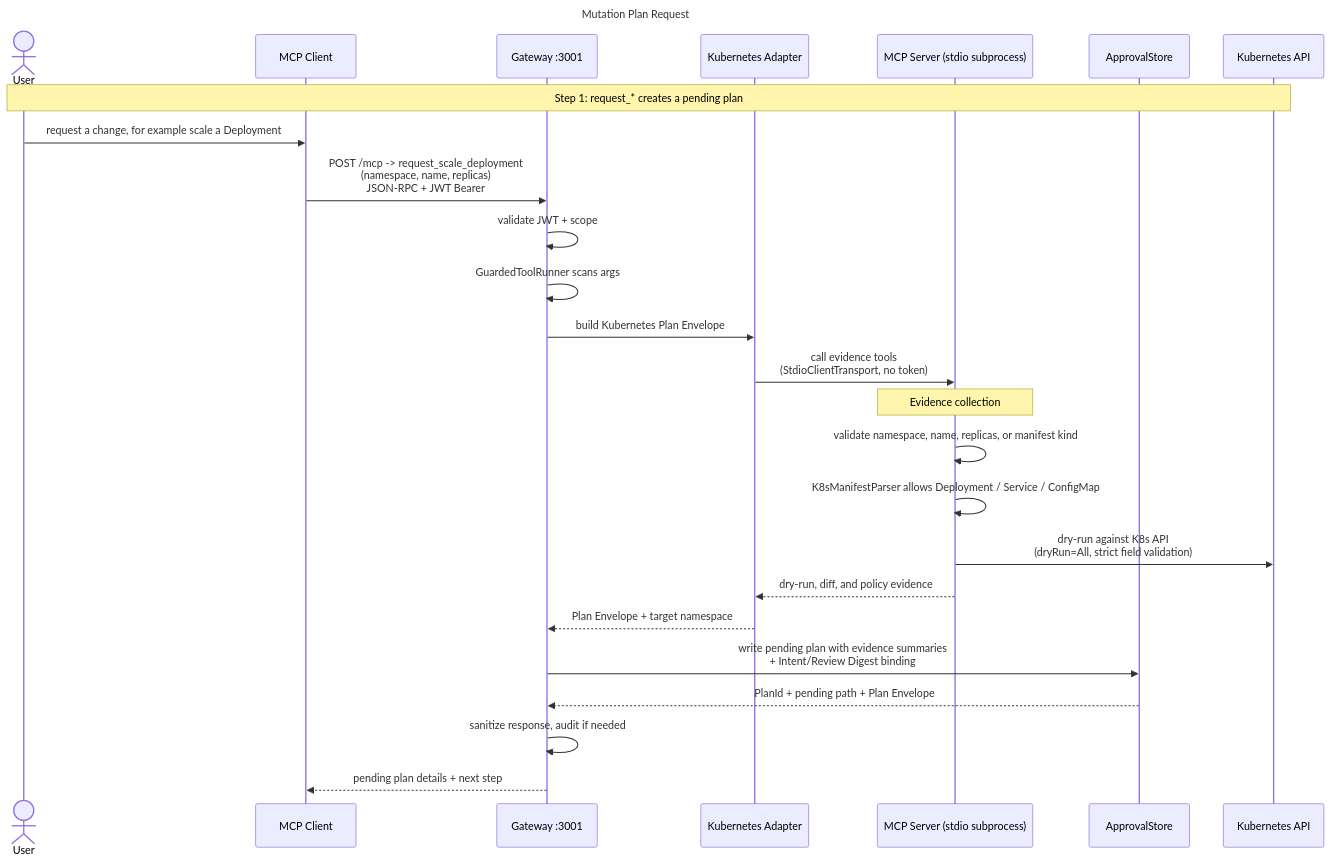
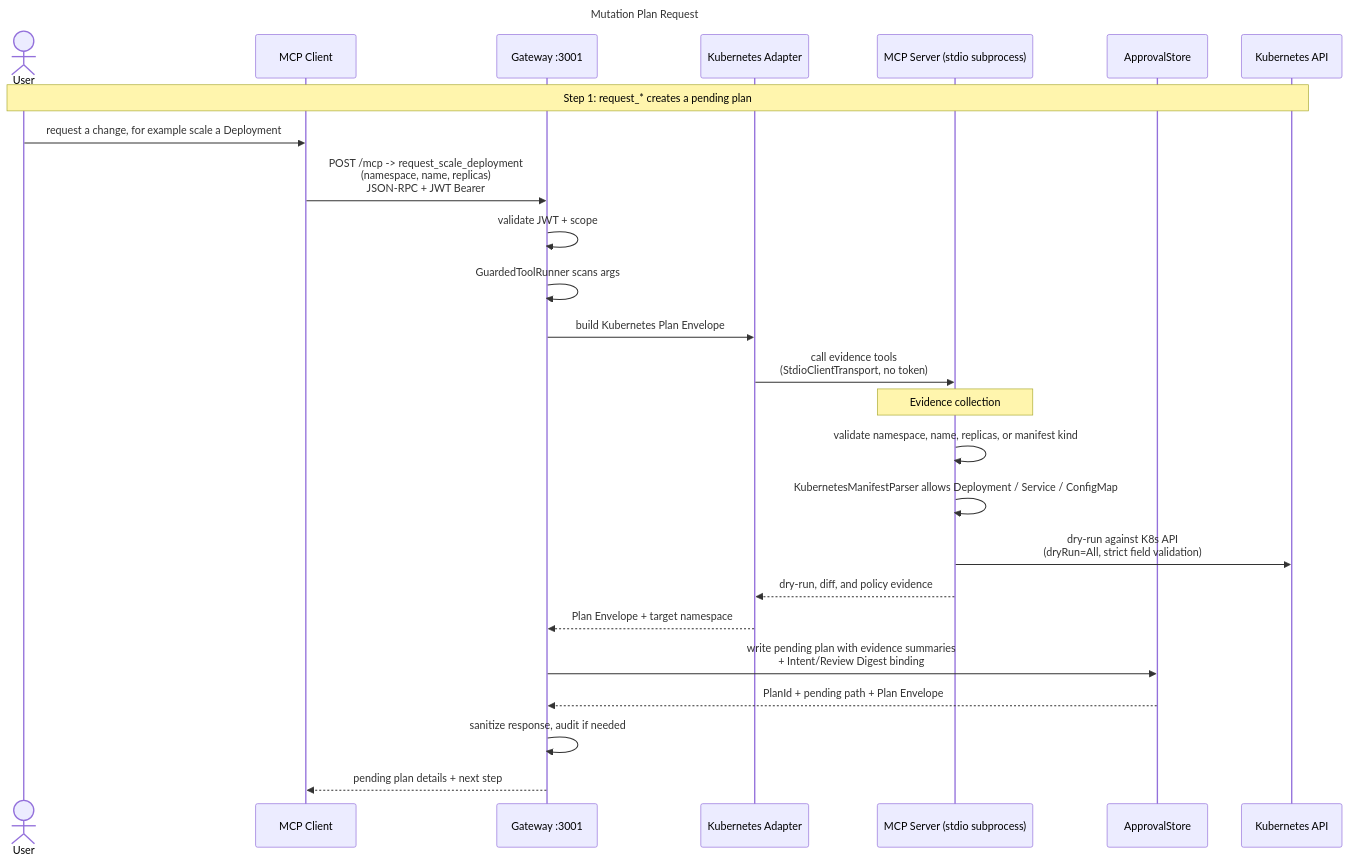
The fourth of 7 diagrams in docs/architecture.md (mirusser/Kubernetes-MCP-Guard), drawn with Mermaid before and after one commit. The commit also changed other lines of this file and 109 other files, not shown here.

````diff
--- a/docs/architecture.md
+++ b/docs/architecture.md
@@ -184,35 +184,35 @@
 ```mermaid
 ---
 title: Mutation Plan Request
 ---
 sequenceDiagram
     actor User
     participant Client as MCP Client
     participant GW as Gateway :3001
     participant Adapter as Kubernetes Adapter
     participant Svr as MCP Server (stdio subprocess)
     participant Store as ApprovalStore
     participant K8s as Kubernetes API
 
     Note over User,K8s: Step 1: request_* creates a pending plan
 
     User->>Client: request a change, for example scale a Deployment
     Client->>GW: POST /mcp -> request_scale_deployment<br/>(namespace, name, replicas)<br/>JSON-RPC + JWT Bearer
 
     GW->>GW: validate JWT + scope
     GW->>GW: GuardedToolRunner scans args
     GW->>Adapter: build Kubernetes Plan Envelope
     Adapter->>Svr: call evidence tools<br/>(StdioClientTransport, no token)
 
     Note over Svr: Evidence collection
     Svr->>Svr: validate namespace, name, replicas, or manifest kind
-    Svr->>Svr: K8sManifestParser allows Deployment / Service / ConfigMap
+    Svr->>Svr: KubernetesManifestParser allows Deployment / Service / ConfigMap
     Svr->>K8s: dry-run against K8s API<br/>(dryRun=All, strict field validation)
     Svr-->>Adapter: dry-run, diff, and policy evidence
     Adapter-->>GW: Plan Envelope + target namespace
     GW->>Store: write pending plan with evidence summaries<br/>+ Intent/Review Digest binding
     Store-->>GW: PlanId + pending path + Plan Envelope
 
     GW->>GW: sanitize response, audit if needed
     GW-->>Client: pending plan details + next step
 ```
````
